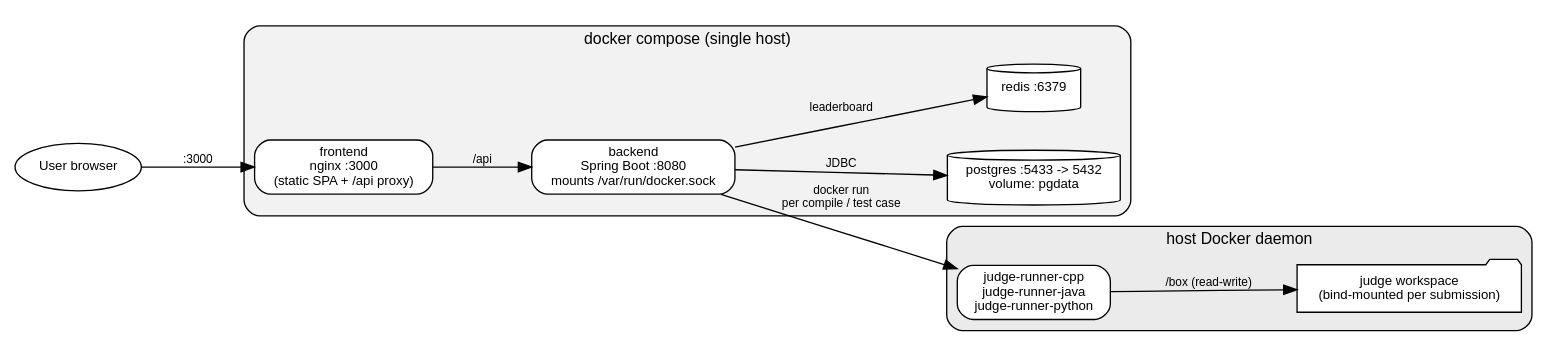
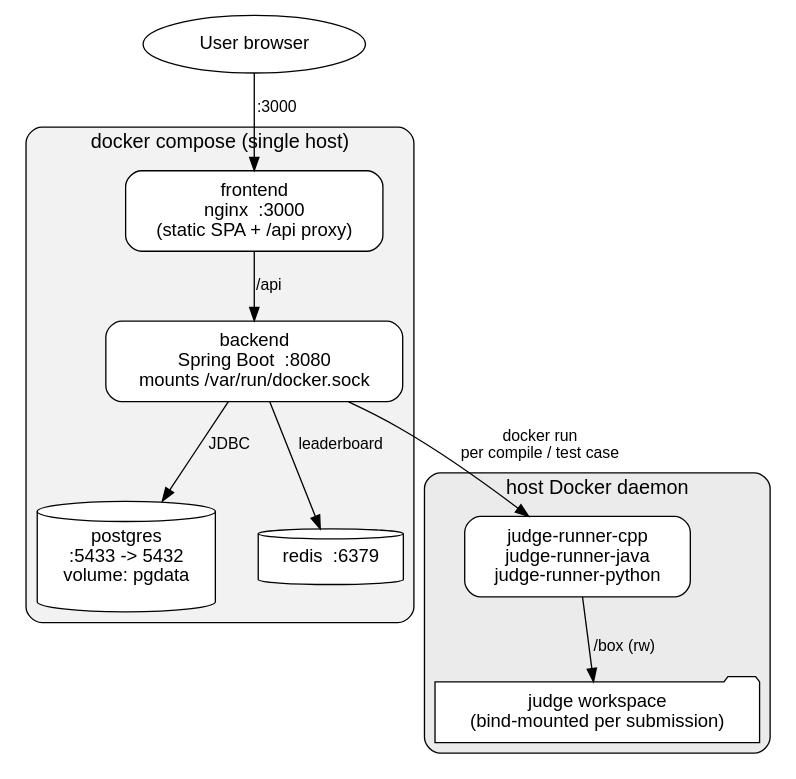
The diagram in report/diagrams/deployment.dot (hosachaii/competitive-programming-platform), drawn with Graphviz before and after one commit. The commit also changed 26 other files, not shown here.

```diff
--- a/report/diagrams/deployment.dot
+++ b/report/diagrams/deployment.dot
@@ -1,35 +1,37 @@
-// Docker Compose deployment topology.
-// Render: dot -Tpng deployment.dot -o ../images/deployment.png
+// Docker Compose deployment topology (compact, larger fonts).
+// Render: dot -Tpng -Gdpi=300 deployment.dot -o ../images/deployment.png
 digraph deployment {
-  rankdir=LR;
+  rankdir=TB;
   bgcolor="white";
-  graph [fontname="Helvetica", fontsize=12, nodesep=0.4, ranksep=0.8];
-  node  [fontname="Helvetica", fontsize=10, shape=box, style="rounded,filled", fillcolor="white", color="black"];
-  edge  [fontname="Helvetica", fontsize=9, color="black"];
+  graph [fontname="Helvetica", fontsize=16, nodesep=0.45, ranksep=0.55];
+  node  [fontname="Helvetica", fontsize=14, shape=box, style="rounded,filled", fillcolor="white", color="black", margin="0.18,0.11"];
+  edge  [fontname="Helvetica", fontsize=12, color="black"];
+
+  user [label="User browser", shape=oval, style=filled, fillcolor="white"];
 
   subgraph cluster_compose {
     label="docker compose (single host)";
-    style="rounded,filled"; fillcolor="gray95"; color="black"; fontsize=12;
+    style="rounded,filled"; fillcolor="gray95"; color="black"; fontsize=15;
 
-    frontend [label="frontend\nnginx :3000\n(static SPA + /api proxy)"];
-    backend  [label="backend\nSpring Boot :8080\nmounts /var/run/docker.sock"];
-    postgres [label="postgres :5433 -> 5432\nvolume: pgdata", shape=cylinder];
-    redis    [label="redis :6379", shape=cylinder];
+    frontend [label="frontend\nnginx  :3000\n(static SPA + /api proxy)"];
+    backend  [label="backend\nSpring Boot  :8080\nmounts /var/run/docker.sock"];
+    postgres [label="postgres\n:5433 -> 5432\nvolume: pgdata", shape=cylinder];
+    redis    [label="redis  :6379", shape=cylinder];
 
     frontend -> backend [label="/api"];
     backend  -> postgres [label="JDBC"];
     backend  -> redis [label="leaderboard"];
+    { rank=same; postgres; redis; }
   }
 
   subgraph cluster_host {
     label="host Docker daemon";
-    style="rounded,filled"; fillcolor="gray92"; color="black"; fontsize=12;
-    runners [label="judge-runner-cpp\njudge-runner-java\njudge-runner-python"];
+    style="rounded,filled"; fillcolor="gray92"; color="black"; fontsize=15;
+    runners   [label="judge-runner-cpp\njudge-runner-java\njudge-runner-python"];
     workspace [label="judge workspace\n(bind-mounted per submission)", shape=folder];
+    runners -> workspace [label="/box (rw)"];
   }
 
-  user [label="User browser", shape=oval, style=filled, fillcolor="white"];
   user -> frontend [label=":3000"];
   backend -> runners [label="docker run\nper compile / test case"];
-  runners -> workspace [label="/box (read-write)"];
 }
```
